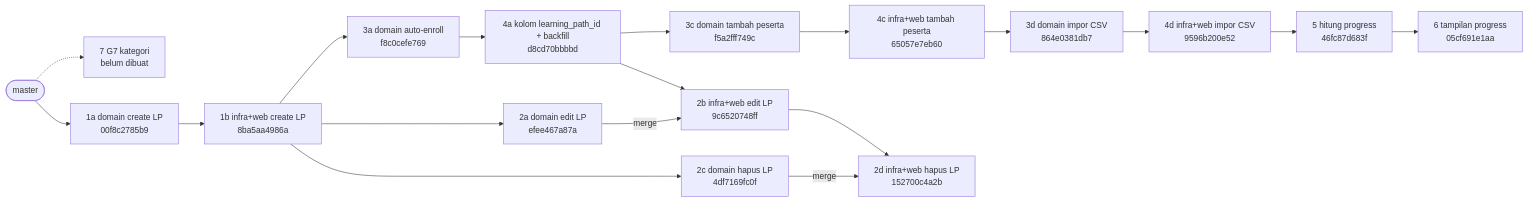
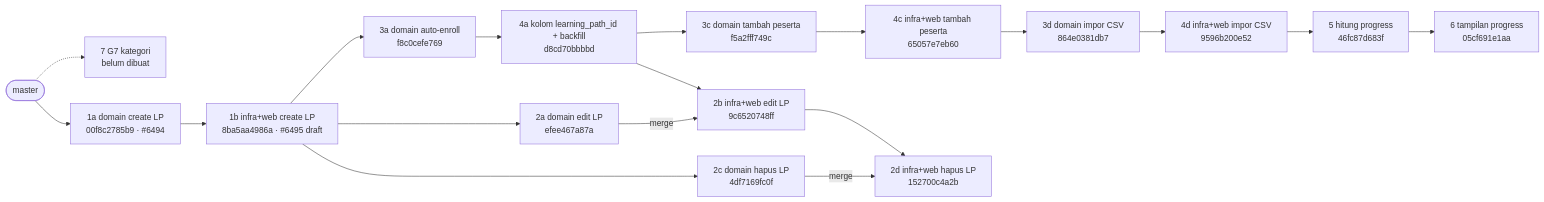
The first of 3 diagrams in Projects/APD Revamp/Cycle 2/05-course-progress.md (KrisnaSantosa15/big-notes-obsidian), drawn with Mermaid before and after one commit. The commit also changed other lines of this file and 3 other files, not shown here.

````diff
--- a/Projects/APD Revamp/Cycle 2/05-course-progress.md
+++ b/Projects/APD Revamp/Cycle 2/05-course-progress.md
@@ -348,30 +348,30 @@
 ```mermaid
 flowchart LR
     master([master])
-    1a["1a domain create LP<br/>00f8c2785b9"]
-    1b["1b infra+web create LP<br/>8ba5aa4986a"]
+    1a["1a domain create LP<br/>00f8c2785b9 · #6494"]
+    1b["1b infra+web create LP<br/>8ba5aa4986a · #6495 draft"]
     3a["3a domain auto-enroll<br/>f8c0cefe769"]
     4a["4a kolom learning_path_id + backfill<br/>d8cd70bbbbd"]
     3c["3c domain tambah peserta<br/>f5a2fff749c"]
     4c["4c infra+web tambah peserta<br/>65057e7eb60"]
     3d["3d domain impor CSV<br/>864e0381db7"]
     4d["4d infra+web impor CSV<br/>9596b200e52"]
     2a["2a domain edit LP<br/>efee467a87a"]
     2c["2c domain hapus LP<br/>4df7169fc0f"]
     2b["2b infra+web edit LP<br/>9c6520748ff"]
     2d["2d infra+web hapus LP<br/>152700c4a2b"]
     5["5 hitung progress<br/>46fc87d683f"]
     6["6 tampilan progress<br/>05cf691e1aa"]
     7["7 G7 kategori<br/>belum dibuat"]
 
     master --> 1a --> 1b
     1b --> 3a --> 4a --> 3c --> 4c --> 3d --> 4d
     1b --> 2a
     1b --> 2c
     4a --> 2b
     2a -- merge --> 2b
     2b --> 2d
     2c -- merge --> 2d
     4d --> 5 --> 6
     master -.-> 7
 ```
````
